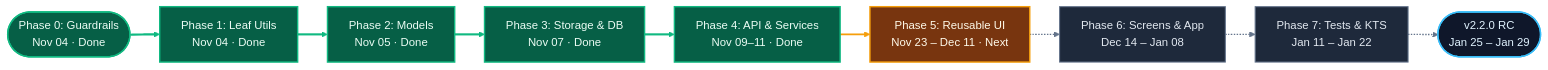
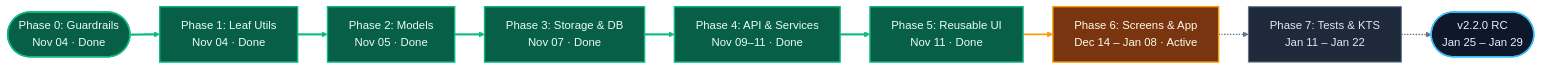
Before and after one commit to solomonrajan/cashledger: the second of 2 diagrams in KOTLIN_MIGRATION.mdx, drawn with Mermaid. The commit also changed other lines of this file, not shown here.

Commit message:
Update KOTLIN_MIGRATION.mdx for Phase 5 completion

````diff
--- a/KOTLIN_MIGRATION.mdx
+++ b/KOTLIN_MIGRATION.mdx
@@ -129,24 +130,24 @@
 ```mermaid
 %%{init: {"flowchart": {"curve": "basis", "nodeSpacing": 28, "rankSpacing": 42}}}%%
 flowchart LR
     classDef done fill:#065F46,stroke:#10B981,stroke-width:2px,color:#ECFDF5
     classDef next fill:#78350F,stroke:#F59E0B,stroke-width:2px,color:#FFFBEB
     classDef future fill:#1E293B,stroke:#64748B,stroke-width:1.5px,color:#E2E8F0
     classDef target fill:#0F172A,stroke:#38BDF8,stroke-width:2px,color:#E0F2FE
 
     P0(["Phase 0: Guardrails<br/>Nov 04 · Done"]):::done
     P1["Phase 1: Leaf Utils<br/>Nov 04 · Done"]:::done
     P2["Phase 2: Models<br/>Nov 05 · Done"]:::done
     P3["Phase 3: Storage & DB<br/>Nov 07 · Done"]:::done
     P4["Phase 4: API & Services<br/>Nov 09–11 · Done"]:::done
-    P5["Phase 5: Reusable UI<br/>Nov 23 – Dec 11 · Next"]:::next
-    P6["Phase 6: Screens & App<br/>Dec 14 – Jan 08"]:::future
+    P5["Phase 5: Reusable UI<br/>Nov 11 · Done"]:::done
+    P6["Phase 6: Screens & App<br/>Dec 14 – Jan 08 · Active"]:::next
     P7["Phase 7: Tests & KTS<br/>Jan 11 – Jan 22"]:::future
     REL(["v2.2.0 RC<br/>Jan 25 – Jan 29"]):::target
 
-    P0 ==> P1 ==> P2 ==> P3 ==> P4 --> P5 -.-> P6 -.-> P7 -.-> REL
+    P0 ==> P1 ==> P2 ==> P3 ==> P4 ==> P5 --> P6 -.-> P7 -.-> REL
 
-    linkStyle 0,1,2,3 stroke:#10B981,stroke-width:3px
-    linkStyle 4 stroke:#F59E0B,stroke-width:2.5px
-    linkStyle 5,6,7 stroke:#64748B,stroke-width:2px
+    linkStyle 0,1,2,3,4 stroke:#10B981,stroke-width:3px
+    linkStyle 5 stroke:#F59E0B,stroke-width:2.5px
+    linkStyle 6,7 stroke:#64748B,stroke-width:2px
 ```
````
